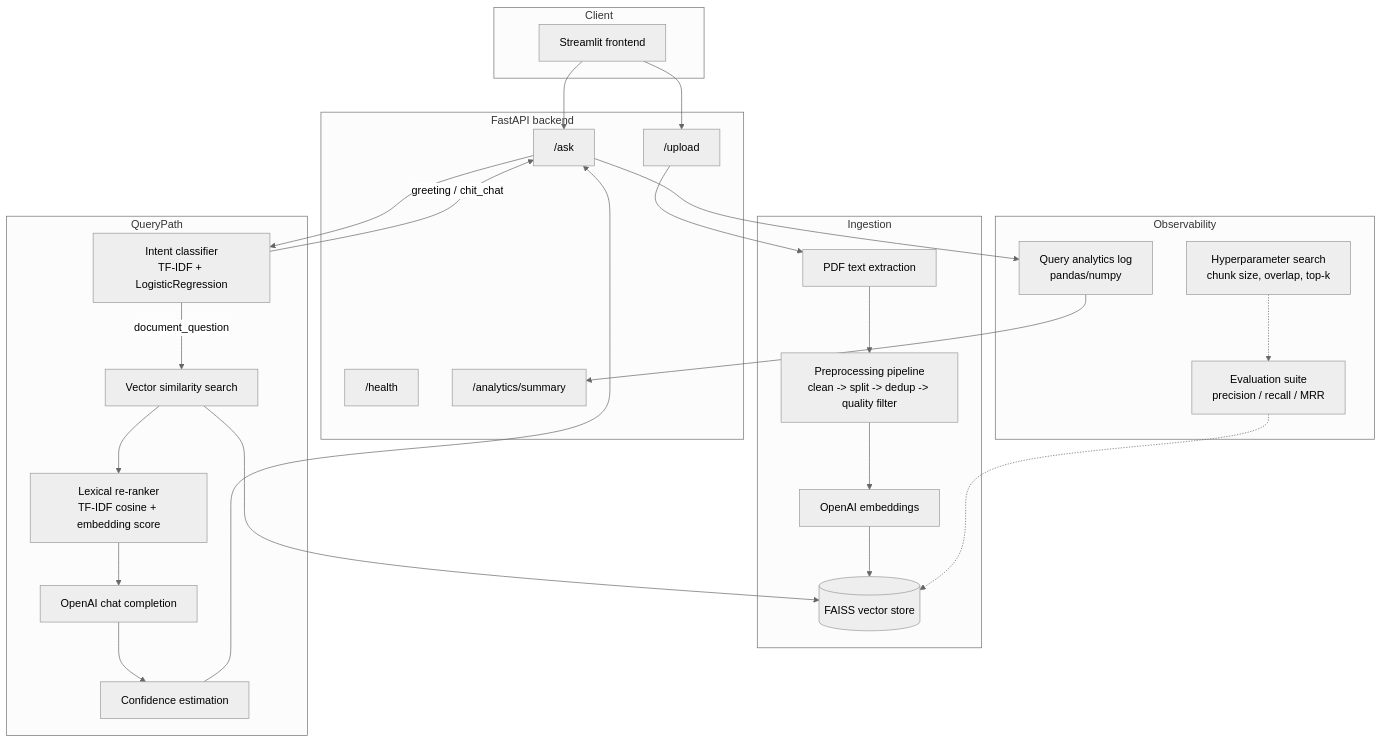
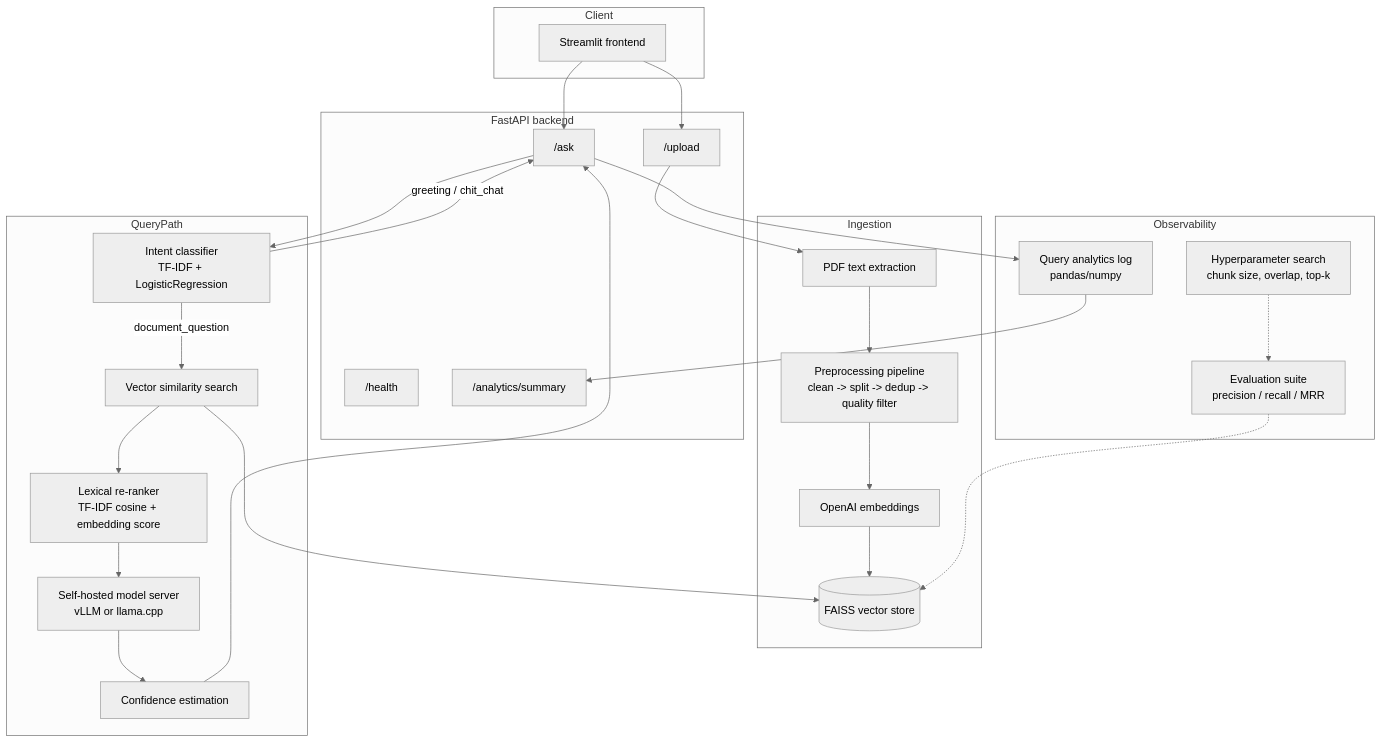
Before and after one commit to kalavakuntabharathkumar/enterprise-rag-project-1: the diagram in README.md, drawn with Mermaid (neutral theme). The commit also changed other lines of this file, not shown here.

First line of the commit message:
Update README for self-hosted inference

````diff
--- a/README.md
+++ b/README.md
@@ -11,44 +15,44 @@
 ```mermaid
 flowchart TD
     subgraph Client
         UI[Streamlit frontend]
     end
 
     subgraph API[FastAPI backend]
         UP["/upload"]
         ASK["/ask"]
         HEALTH["/health"]
         AN["/analytics/summary"]
     end
 
     subgraph Ingestion
         EXTRACT[PDF text extraction]
         PRE[Preprocessing pipeline\nclean -> split -> dedup -> quality filter]
         EMB1[OpenAI embeddings]
         STORE[(FAISS vector store)]
     end
 
     subgraph QueryPath
         INTENT[Intent classifier\nTF-IDF + LogisticRegression]
         RETRIEVE[Vector similarity search]
         RERANK[Lexical re-ranker\nTF-IDF cosine + embedding score]
-        LLM[OpenAI chat completion]
+        LLM[Self-hosted model server\nvLLM or llama.cpp]
         CONF[Confidence estimation]
     end
 
     subgraph Observability
         LOG[Query analytics log\npandas/numpy]
         EVAL[Evaluation suite\nprecision / recall / MRR]
         TUNE[Hyperparameter search\nchunk size, overlap, top-k]
     end
 
     UI --> UP --> EXTRACT --> PRE --> EMB1 --> STORE
     UI --> ASK --> INTENT
     INTENT -- document_question --> RETRIEVE --> STORE
     RETRIEVE --> RERANK --> LLM --> CONF --> ASK
     INTENT -- greeting / chit_chat --> ASK
     ASK --> LOG
     LOG --> AN
     EVAL -.-> STORE
     TUNE -.-> EVAL
 ```
````
